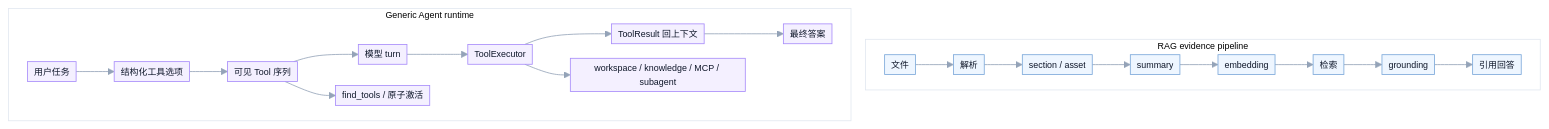
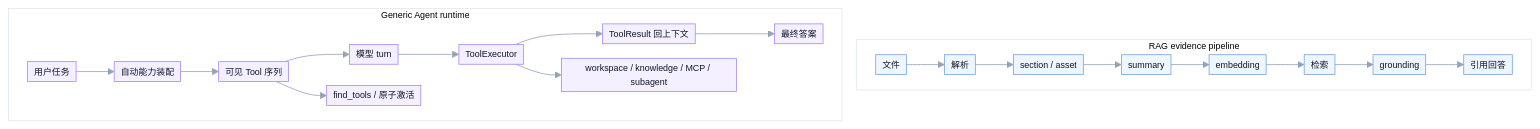
One commit to xiaoyinglei/Private-RAG-Agent changed the diagram in README.md. Above: the diagram before and after it, drawn with Mermaid. The commit also changed other lines of this file and 40 other files, not shown here.

````diff
--- a/README.md
+++ b/README.md
@@ -206,20 +213,20 @@
 ```mermaid
 %%{init: {"theme": "base", "themeVariables": {"fontSize": "11px", "primaryColor": "#f8fafc", "primaryTextColor": "#0f172a", "primaryBorderColor": "#cbd5e1", "lineColor": "#94a3b8", "clusterBkg": "#ffffff", "clusterBorder": "#e2e8f0"}, "flowchart": {"nodeSpacing": 18, "rankSpacing": 22, "curve": "basis", "padding": 4}} }%%
 flowchart TB
     subgraph RAG["RAG evidence pipeline"]
         direction LR
         r1["文件"] --> r2["解析"] --> r3["section / asset"] --> r4["summary"] --> r5["embedding"] --> r6["检索"] --> r7["grounding"] --> r8["引用回答"]
     end
 
     subgraph AG["Generic Agent runtime"]
         direction LR
-        a1["用户任务"] --> a2["结构化工具选项"] --> a3["可见 Tool 序列"] --> a4["模型 turn"] --> a5["ToolExecutor"] --> a6["ToolResult 回上下文"] --> a7["最终答案"]
+        a1["用户任务"] --> a2["自动能力装配"] --> a3["可见 Tool 序列"] --> a4["模型 turn"] --> a5["ToolExecutor"] --> a6["ToolResult 回上下文"] --> a7["最终答案"]
         a3 --> a8["find_tools / 原子激活"]
         a5 --> a9["workspace / knowledge / MCP / subagent"]
     end
 
     classDef rag fill:#eef6ff,stroke:#7aa7d9,color:#0f172a;
     classDef agent fill:#f4f0ff,stroke:#a78bfa,color:#0f172a;
     class r1,r2,r3,r4,r5,r6,r7,r8 rag;
     class a1,a2,a3,a4,a5,a6,a7,a8,a9 agent;
 ```
````
